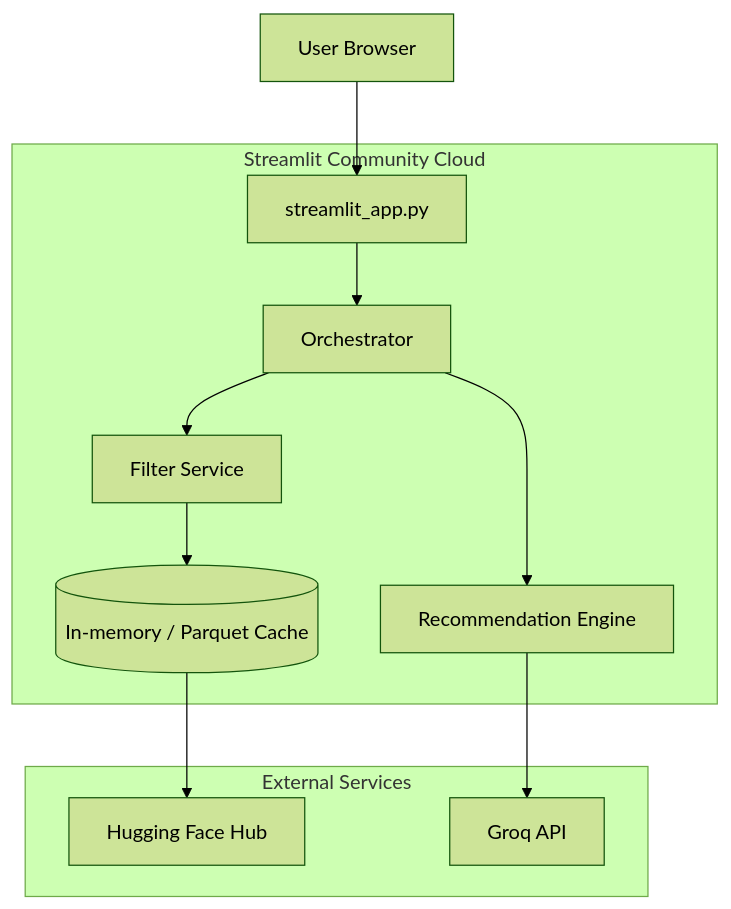
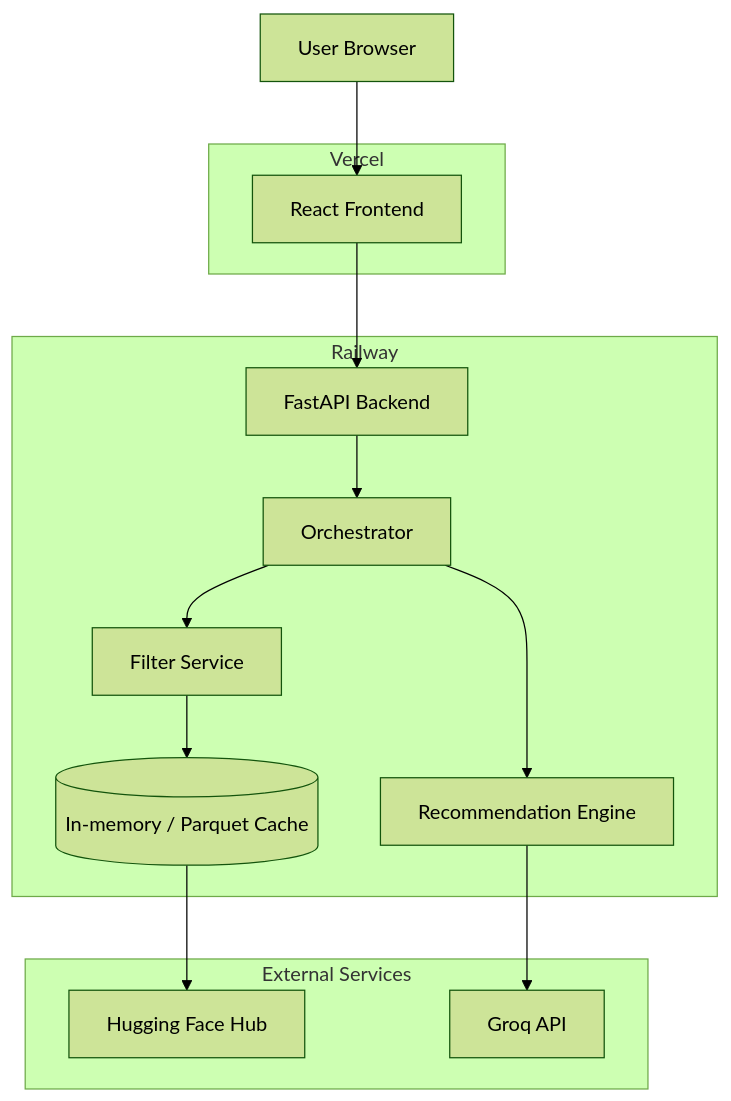
One commit to nihar186/Zomato changed the diagram in docs/deployment-plan.md. Above: the diagram before and after it, drawn with Mermaid (forest theme). The commit also changed other lines of this file and 10 other files, not shown here.

Commit message:
feat: implement React frontend for Vercel and update deployment plan

````diff
--- a/docs/deployment-plan.md
+++ b/docs/deployment-plan.md
@@ -38,24 +23,28 @@
 ```mermaid
 flowchart TB
-    subgraph streamlit_cloud [Streamlit Community Cloud]
-        APP[streamlit_app.py]
+    subgraph vercel [Vercel]
+        UI[React Frontend]
+    end
+
+    subgraph railway [Railway]
+        API[FastAPI Backend]
         ORCH[Orchestrator]
         FIL[Filter Service]
         ENG[Recommendation Engine]
         CACHE[(In-memory / Parquet Cache)]
     end
 
     subgraph external [External Services]
         HF[Hugging Face Hub]
         GROQ[Groq API]
     end
 
-    APP --> ORCH
+    USER[User Browser] --> UI
+    UI --> API
+    API --> ORCH
     ORCH --> FIL
     FIL --> CACHE
     ORCH --> ENG
     ENG --> GROQ
     CACHE --> HF
-
-    USER[User Browser] --> APP
 ```
````
